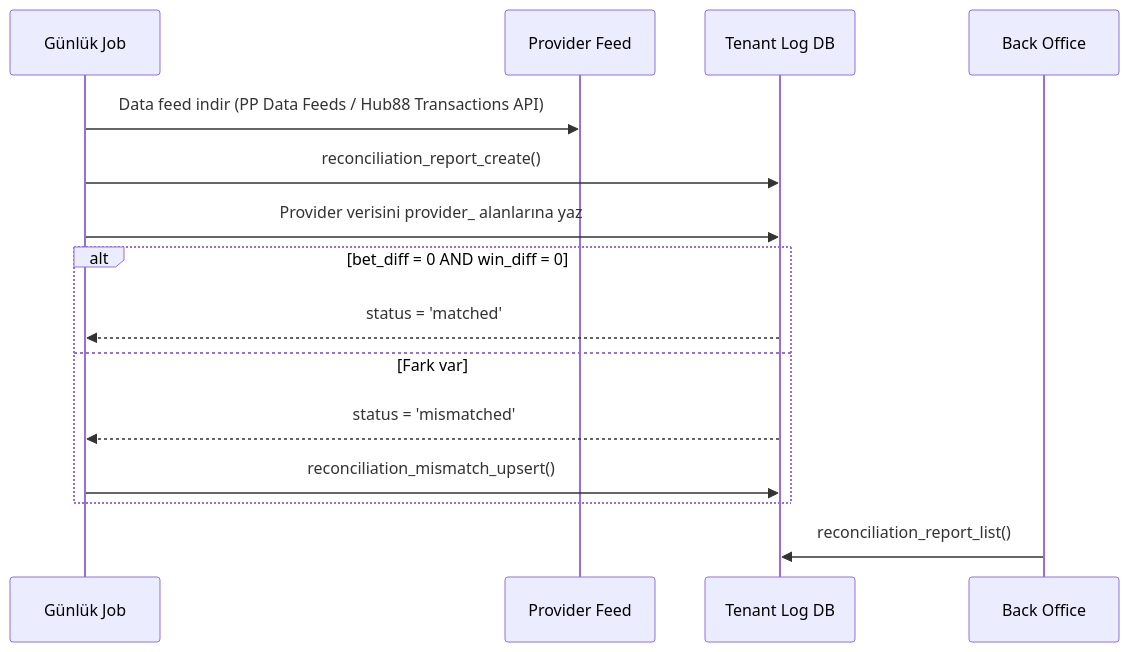
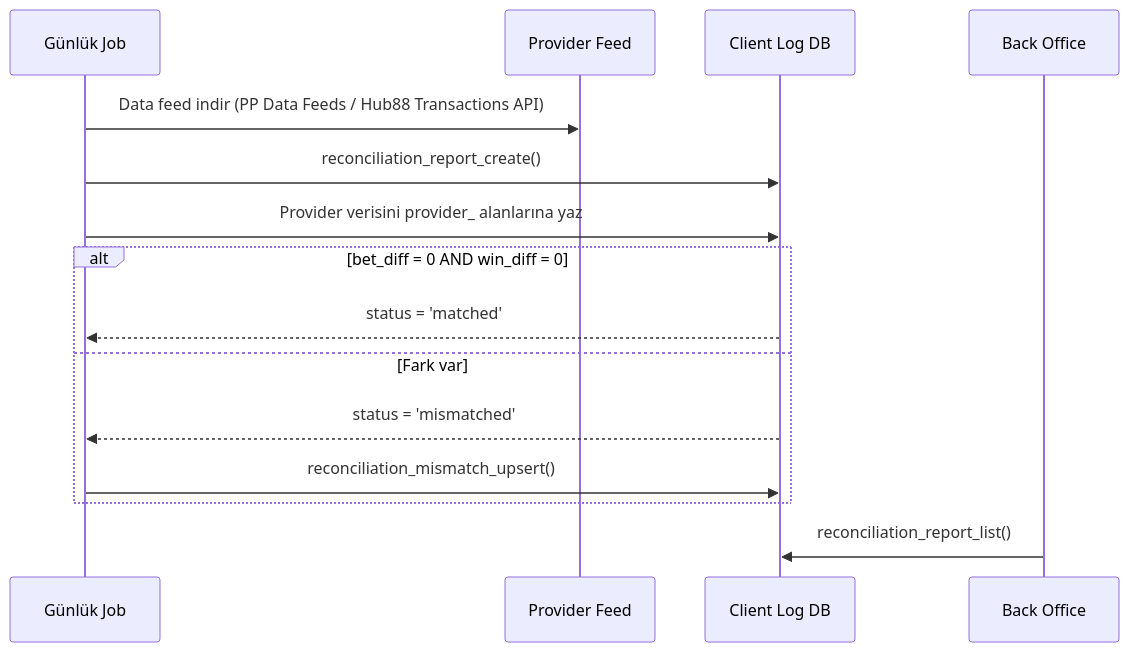
Before and after one commit to frhtshn/One.DB: the eighth of 8 diagrams in .docs/guides/GAME_GATEWAY_GUIDE.md, drawn with Mermaid. The commit also changed other lines of this file and 442 other files, not shown here.

First line of the commit message:
Nucleo → Sortis One ve tenant → client içerik güncellemeleri

````diff
--- a/.docs/guides/GAME_GATEWAY_GUIDE.md
+++ b/.docs/guides/GAME_GATEWAY_GUIDE.md
@@ -496,20 +496,20 @@
 ```mermaid
 sequenceDiagram
     participant JOB as Günlük Job
     participant PR as Provider Feed
-    participant TL as Tenant Log DB
+    participant TL as Client Log DB
     participant BO as Back Office
 
     JOB->>PR: Data feed indir (PP Data Feeds / Hub88 Transactions API)
     JOB->>TL: reconciliation_report_create()
     JOB->>TL: Provider verisini provider_ alanlarına yaz
 
     alt bet_diff = 0 AND win_diff = 0
         TL-->>JOB: status = 'matched'
     else Fark var
         TL-->>JOB: status = 'mismatched'
         JOB->>TL: reconciliation_mismatch_upsert()
     end
 
     BO->>TL: reconciliation_report_list()
 ```
````
